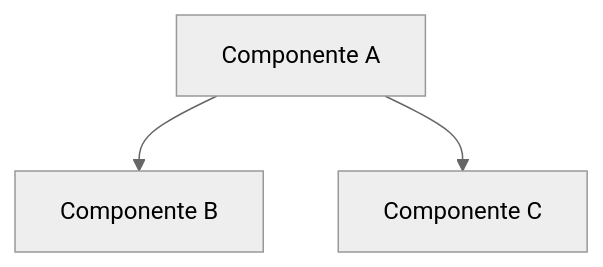
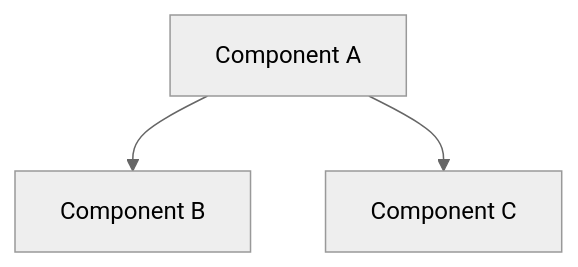
One commit to Daniel50726/Documentacion-Trabajo-de-Grado changed the diagram in architecture/logical-view/view.md. Above: the diagram before and after it, drawn with Mermaid (neutral theme). The commit also changed other lines of this file and 20 other files, not shown here.

Commit message:
docs: enrich BDD feature specs, update architecture views, and add AGENTS guide

````diff
--- a/architecture/logical-view/view.md
+++ b/architecture/logical-view/view.md
@@ -27,5 +24,5 @@
 ```mermaid
 graph TD
-    A[Componente A] --> B[Componente B]
-    A --> C[Componente C]
+    A[Component A] --> B[Component B]
+    A --> C[Component C]
 ```
````
